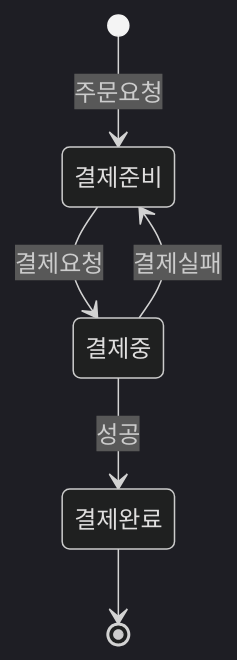
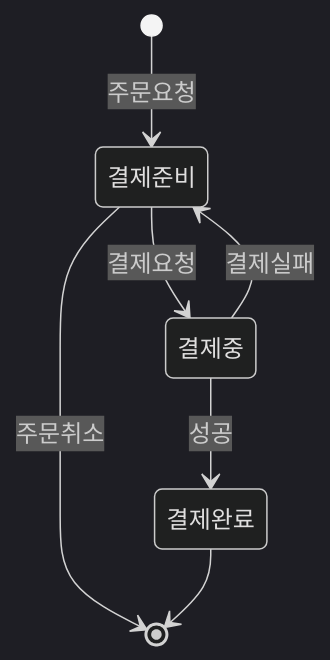
The diagram in docs/state_diagram.md (psyoongsc/hhplus-ts-server), drawn with Mermaid (dark theme) before and after one commit.

Commit message:
Fix: 주문취소 상태 처리를 위한 상태 다이어그램 수정

````diff
--- a/docs/state_diagram.md
+++ b/docs/state_diagram.md
@@ -5,9 +5,11 @@
 ```mermaid
 stateDiagram-v2
     [*] --> 결제준비 : 주문요청
     결제준비 --> 결제중 : 결제요청
+    결제준비 --> [*]: 주문취소
     결제중 --> 결제준비 : 결제실패
     결제중 --> 결제완료 : 성공
     결제완료 --> [*]
 
+
 ```
````
